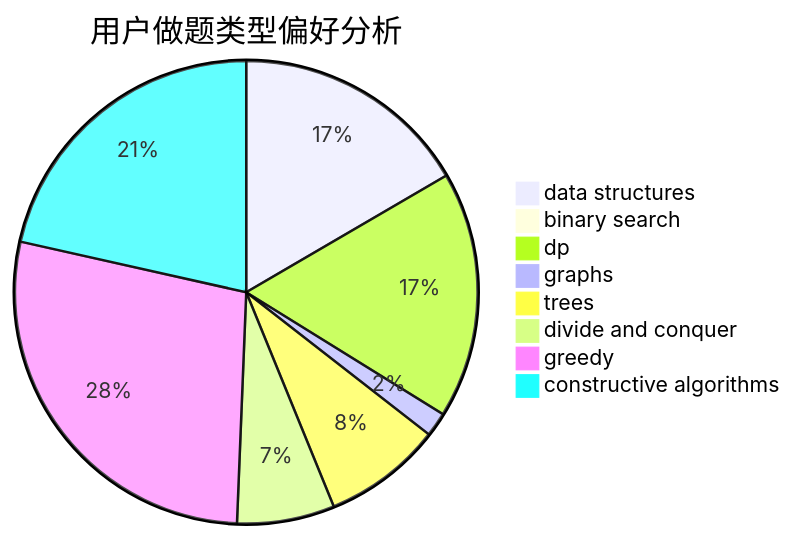
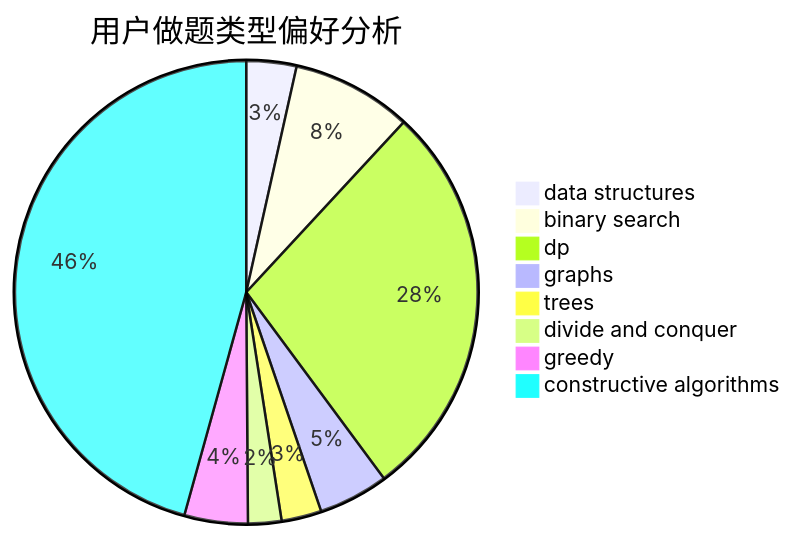
The second of 3 diagrams in docs/user/u1671.md (sherpahu/cfrs.github.io), drawn with Mermaid before and after one commit. The commit also changed other lines of this file and 2770 other files, not shown here.

````diff
--- a/docs/user/u1671.md
+++ b/docs/user/u1671.md
@@ -23,11 +23,11 @@
 ```mermaid
 pie title 用户做题类型偏好分析
-    "data structures" :  78
-    "binary search" :  0
-    "dp" :  81
-    "graphs" :  8
-    "trees" :  39
-    "divide and conquer" :  32
-    "greedy" :  131
-    "constructive algorithms" :  101
+    "data structures" :  15
+    "binary search" :  36
+    "dp" :  120
+    "graphs" :  21
+    "trees" :  12
+    "divide and conquer" :  10
+    "greedy" :  19
+    "constructive algorithms" :  196
 ```
````
